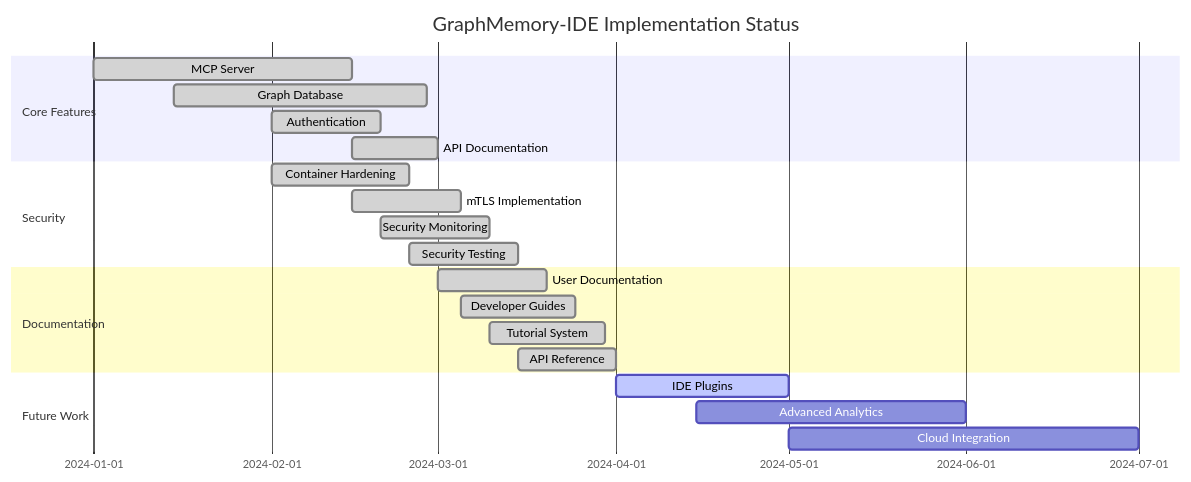
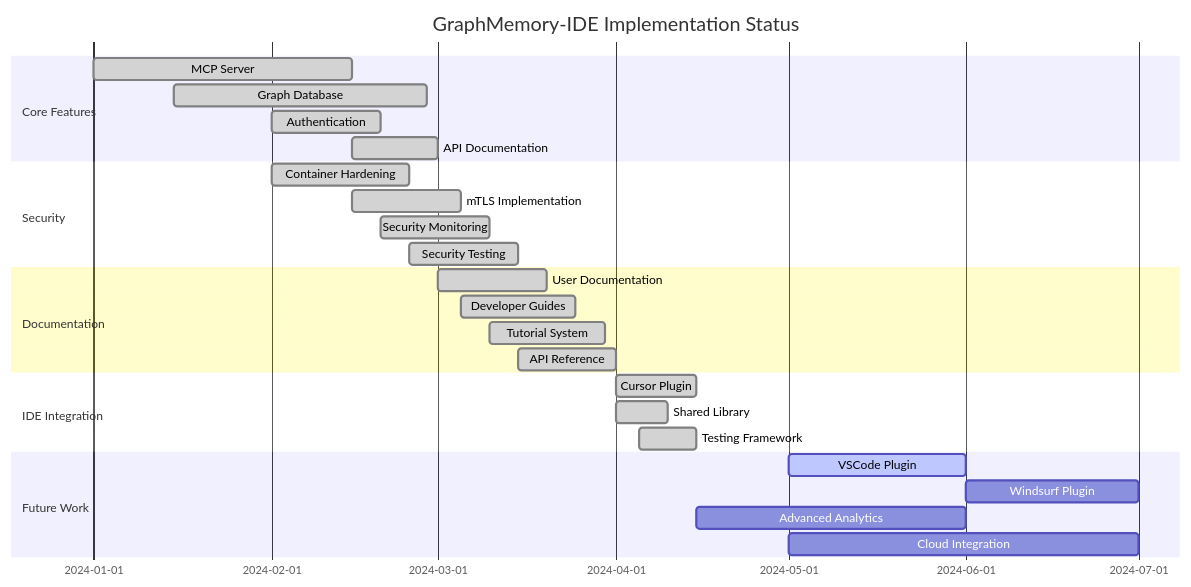
Before and after one commit to elementalcollision/GraphMemory-IDE: diagram 17 of 18 in README.md, drawn with Mermaid. The commit also changed other lines of this file and 19 other files, not shown here.

````diff
--- a/README.md
+++ b/README.md
@@ -856,27 +975,33 @@
 ```mermaid
 gantt
     title GraphMemory-IDE Implementation Status
     dateFormat  YYYY-MM-DD
     section Core Features
     MCP Server           :done, core1, 2024-01-01, 2024-02-15
     Graph Database       :done, core2, 2024-01-15, 2024-02-28
     Authentication       :done, core3, 2024-02-01, 2024-02-20
     API Documentation    :done, core4, 2024-02-15, 2024-03-01
     
     section Security
     Container Hardening  :done, sec1, 2024-02-01, 2024-02-25
     mTLS Implementation  :done, sec2, 2024-02-15, 2024-03-05
     Security Monitoring  :done, sec3, 2024-02-20, 2024-03-10
     Security Testing     :done, sec4, 2024-02-25, 2024-03-15
     
     section Documentation
     User Documentation   :done, doc1, 2024-03-01, 2024-03-20
     Developer Guides     :done, doc2, 2024-03-05, 2024-03-25
     Tutorial System      :done, doc3, 2024-03-10, 2024-03-30
     API Reference        :done, doc4, 2024-03-15, 2024-04-01
     
+    section IDE Integration
+    Cursor Plugin        :done, ide1, 2024-04-01, 2024-04-15
+    Shared Library       :done, ide2, 2024-04-01, 2024-04-10
+    Testing Framework    :done, ide3, 2024-04-05, 2024-04-15
+    
     section Future Work
-    IDE Plugins          :active, future1, 2024-04-01, 2024-05-01
-    Advanced Analytics   :future2, 2024-04-15, 2024-06-01
-    Cloud Integration    :future3, 2024-05-01, 2024-07-01
+    VSCode Plugin        :active, future1, 2024-05-01, 2024-06-01
+    Windsurf Plugin      :future2, 2024-06-01, 2024-07-01
+    Advanced Analytics   :future3, 2024-04-15, 2024-06-01
+    Cloud Integration    :future4, 2024-05-01, 2024-07-01
 ```
````
